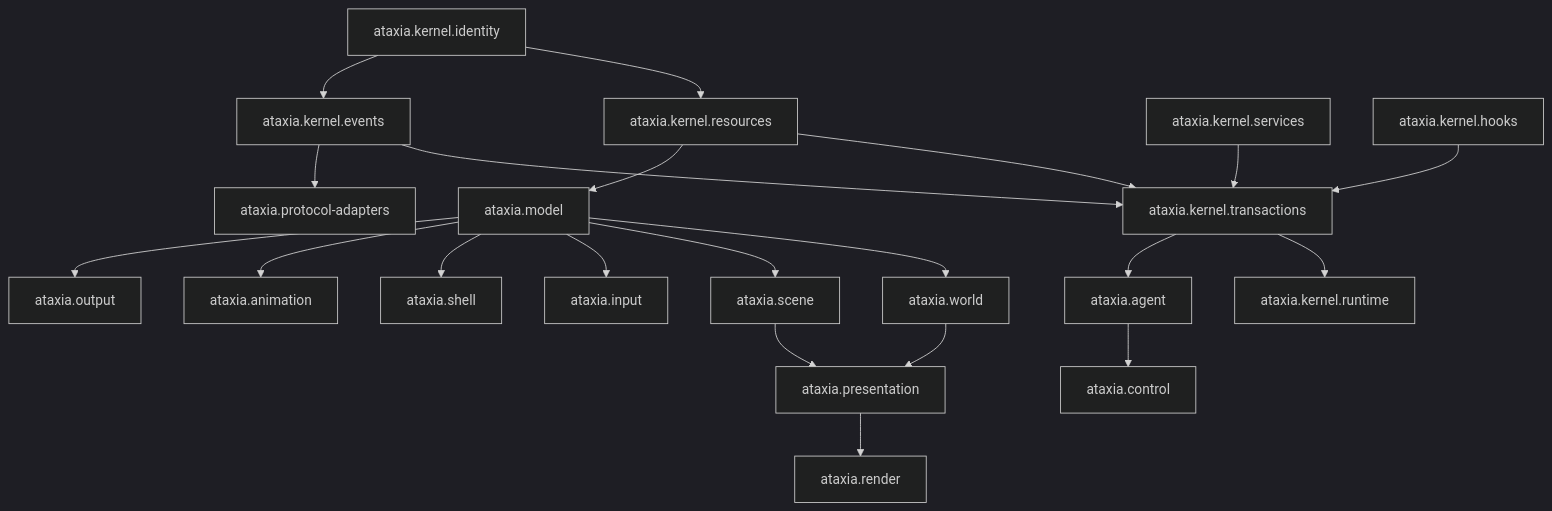
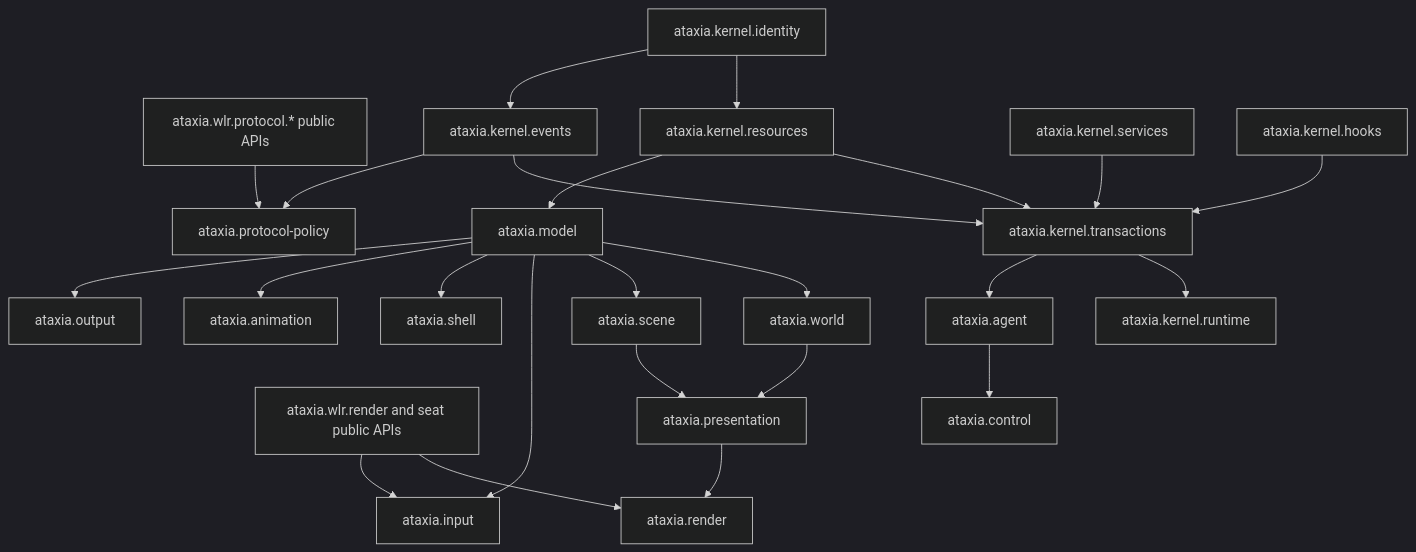
One commit to SeungheonOh/ataxia changed diagram 20 of 20 in docs/LAYER-2-CLOS-DESIGN.md. Above: the diagram before and after it, drawn with Mermaid (dark theme). The commit also changed other lines of this file, not shown here.

Commit message:
docs: replace native event router with protocol sinks

````diff
--- a/docs/LAYER-2-CLOS-DESIGN.md
+++ b/docs/LAYER-2-CLOS-DESIGN.md
@@ -1303,45 +1303,50 @@
 ```mermaid
 flowchart TB
+    L1PROTO[ataxia.wlr.protocol.* public APIs]
+    L1RENDER[ataxia.wlr.render and seat public APIs]
     KID[ataxia.kernel.identity]
     KRES[ataxia.kernel.resources]
     KEVT[ataxia.kernel.events]
     KSVC[ataxia.kernel.services]
     KHOOK[ataxia.kernel.hooks]
     KTX[ataxia.kernel.transactions]
     KRUN[ataxia.kernel.runtime]
 
     MODEL[ataxia.model]
-    ADAPT[ataxia.protocol-adapters]
+    ADAPT[ataxia.protocol-policy]
     WORLD[ataxia.world]
     SCENE[ataxia.scene]
     PRES[ataxia.presentation]
     RENDER[ataxia.render]
     INPUT[ataxia.input]
     SHELL[ataxia.shell]
     ANIM[ataxia.animation]
     OUTPUT[ataxia.output]
     AGENT[ataxia.agent]
     CONTROL[ataxia.control]
 
     KID --> KRES
     KID --> KEVT
     KRES --> KTX
     KEVT --> KTX
     KSVC --> KTX
     KHOOK --> KTX
     KTX --> KRUN
 
+    L1PROTO --> ADAPT
+    L1RENDER --> RENDER
+    L1RENDER --> INPUT
     KRES --> MODEL
     KEVT --> ADAPT
     MODEL --> WORLD
     MODEL --> SCENE
     WORLD --> PRES
     SCENE --> PRES
     PRES --> RENDER
     MODEL --> INPUT
     MODEL --> SHELL
     MODEL --> ANIM
     MODEL --> OUTPUT
     KTX --> AGENT
     AGENT --> CONTROL
 ```
````
